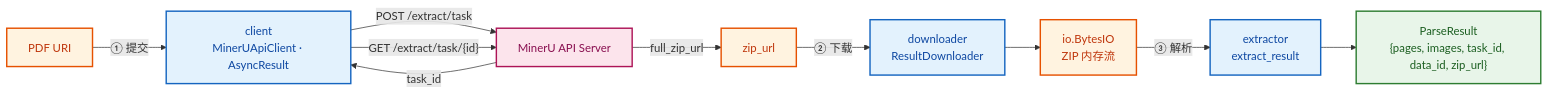
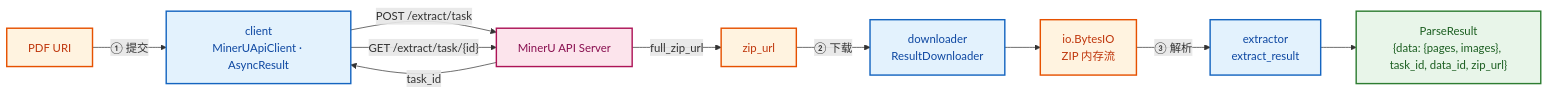
The first of 3 diagrams in docs/specs/SPEC-004-pipeline.md (dream-365/mineru-parser), drawn with Mermaid before and after one commit. The commit also changed other lines of this file and 1 other file, not shown here.

````diff
--- a/docs/specs/SPEC-004-pipeline.md
+++ b/docs/specs/SPEC-004-pipeline.md
@@ -48,26 +49,26 @@
 ```mermaid
 flowchart LR
     classDef io fill:#fff3e0,stroke:#e65100,stroke-width:2px,color:#bf360c;
     classDef mod fill:#e3f2fd,stroke:#1565c0,stroke-width:2px,color:#0d47a1;
     classDef out fill:#e8f5e9,stroke:#2e7d32,stroke-width:2px,color:#1b5e20;
     classDef srv fill:#fce4ec,stroke:#ad1457,stroke-width:2px,color:#880e4f;
 
     URI["PDF URI"]:::io
     CLIENT["client<br/>MinerUApiClient · AsyncResult"]:::mod
     API["MinerU API Server"]:::srv
     ZIPURL["zip_url"]:::io
     DL["downloader<br/>ResultDownloader"]:::mod
     MEM["io.BytesIO<br/>ZIP 内存流"]:::io
     EX["extractor<br/>extract_result"]:::mod
-    RESULT["ParseResult<br/>{pages, images, task_id, data_id, zip_url}"]:::out
+    RESULT["ParseResult<br/>{data: {pages, images}, task_id, data_id, zip_url}"]:::out
 
     URI -->|"① 提交"| CLIENT
     CLIENT -->|"POST /extract/task"| API
     API -->|"task_id"| CLIENT
     CLIENT -->|"GET /extract/task/{id}"| API
     API -->|"full_zip_url"| ZIPURL
     ZIPURL -->|"② 下载"| DL
     DL --> MEM
     MEM -->|"③ 解析"| EX
     EX --> RESULT
 ```
````
